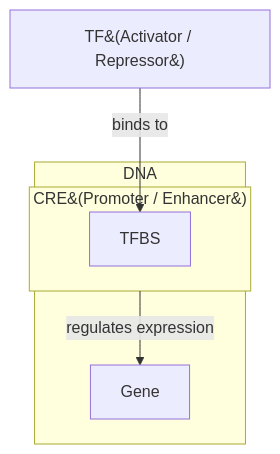
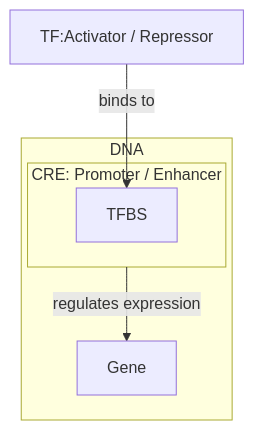
The diagram in _posts/2025-04-28-20205266.md (Yongsik-Lee/marl), drawn with Mermaid before and after one commit.

```diff
--- a/_posts/2025-04-28-20205266.md
+++ b/_posts/2025-04-28-20205266.md
@@ -79,15 +79,15 @@
 {% mermaid %}
 graph TD
   
-  subgraph CRE["CRE&#40;Promoter / Enhancer&#41;"]
+  subgraph CRE["CRE: Promoter / Enhancer"]
         TFBS["TFBS"]
   end
   
   subgraph DNA["DNA"]
         Gene["Gene"]
         CRE
   end
-    TF["TF&#40;Activator / Repressor&#41;"] -- binds to --> TFBS
+    TF["TF:Activator / Repressor"] -- binds to --> TFBS
     CRE -- regulates expression --> Gene
 
 {% endmermaid %}
```
